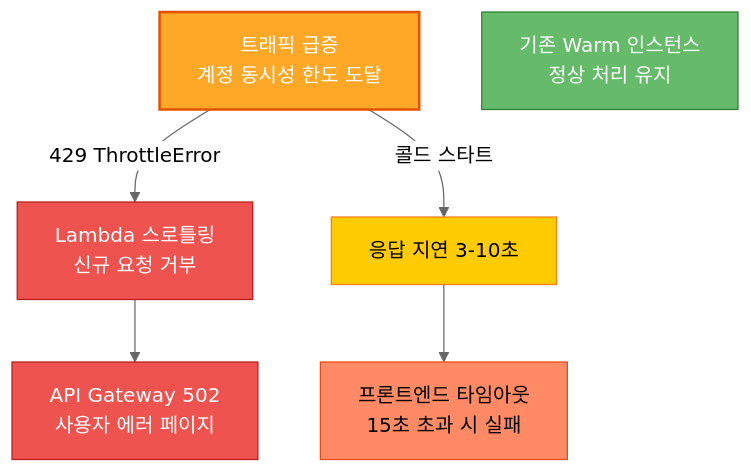
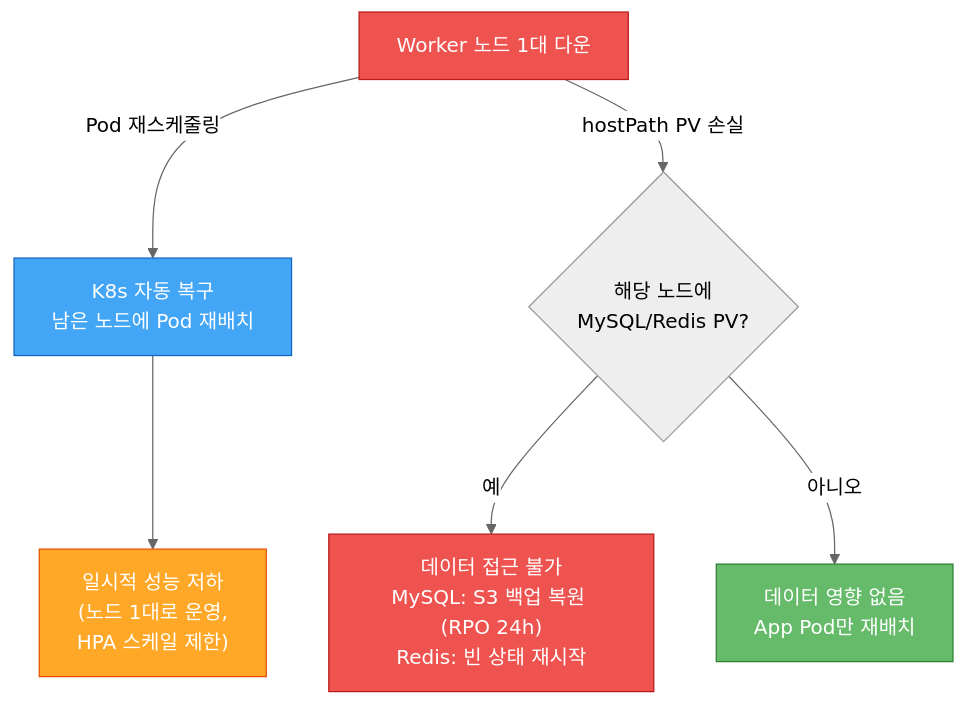
One commit to 80-hours-a-week/2-cho-community-be changed the eighth of 18 diagrams in report.md. Above: the diagram before and after it, drawn with Mermaid (neutral theme). The commit also changed other lines of this file, not shown here.

First line of the commit message:
docs: report.md Lambda→K8s 아키텍처 전면 갱신

````diff
--- a/report.md
+++ b/report.md
@@ -611,19 +471,17 @@
 ```mermaid
 flowchart TD
-    Traffic["트래픽 급증<br/>계정 동시성 한도 도달"]
+    Node_Fail["Worker 노드 1대 다운"]
 
-    Traffic -->|"429 ThrottleError"| Throttle["Lambda 스로틀링<br/>신규 요청 거부"]
-    Throttle --> User_Err["API Gateway 502<br/>사용자 에러 페이지"]
+    Node_Fail -->|"Pod 재스케줄링"| Reschedule["K8s 자동 복구<br/>남은 노드에 Pod 재배치"]
+    Reschedule --> Degraded["일시적 성능 저하<br/>(노드 1대로 운영,<br/>HPA 스케일 제한)"]
 
-    Traffic -->|"콜드 스타트"| Slow["응답 지연 3-10초"]
-    Slow --> Timeout["프론트엔드 타임아웃<br/>15초 초과 시 실패"]
+    Node_Fail -->|"hostPath PV 손실"| Data_Risk{"해당 노드에<br/>MySQL/Redis PV?"}
+    Data_Risk -->|"예"| Data_Loss["데이터 접근 불가<br/>MySQL: S3 백업 복원 (RPO 24h)<br/>Redis: 빈 상태 재시작"]
+    Data_Risk -->|"아니오"| Minor["데이터 영향 없음<br/>App Pod만 재배치"]
 
-    Existing["기존 Warm 인스턴스<br/>정상 처리 유지"]
-
-    style Traffic fill:#ffa726,color:#fff,stroke:#e65100,stroke-width:2px
-    style Throttle fill:#ef5350,color:#fff,stroke:#b71c1c
-    style User_Err fill:#ef5350,color:#fff,stroke:#b71c1c
-    style Slow fill:#ffcc02,stroke:#f57f17
-    style Timeout fill:#ff8a65,stroke:#e64a19
-    style Existing fill:#66bb6a,color:#fff,stroke:#2e7d32
+    style Node_Fail fill:#ef5350,color:#fff,stroke:#b71c1c
+    style Reschedule fill:#42a5f5,color:#fff,stroke:#1565c0
+    style Degraded fill:#ffa726,color:#fff,stroke:#e65100
+    style Data_Loss fill:#ef5350,color:#fff,stroke:#b71c1c
+    style Minor fill:#66bb6a,color:#fff,stroke:#2e7d32
 ```
````
